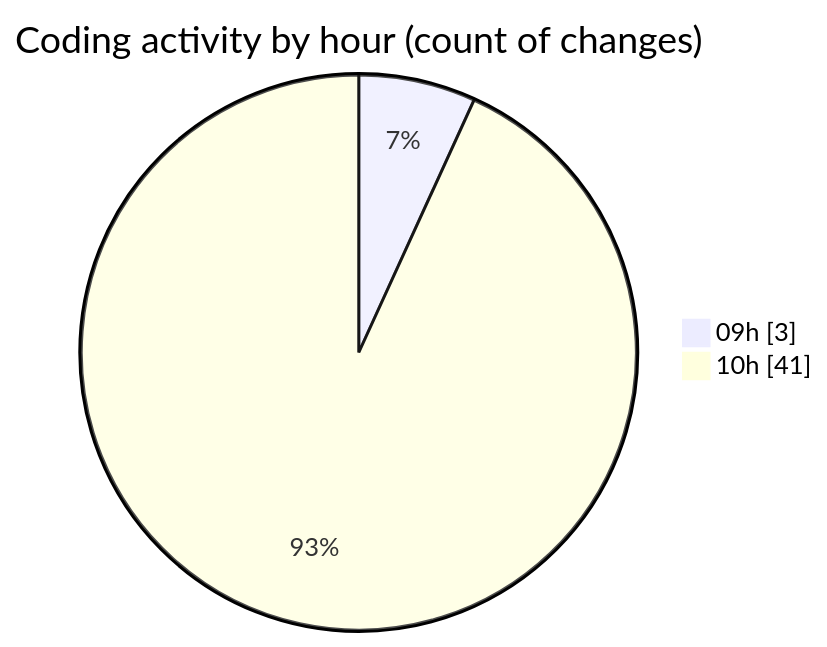
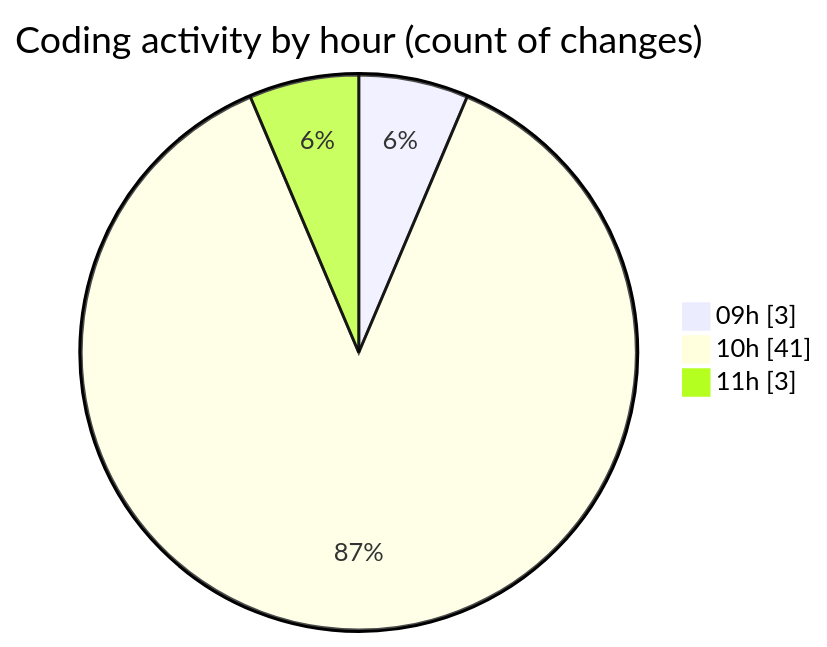
Before and after one commit to CELIANVF/code-tracking: the second of 2 diagrams in 2025-05-19/ecodeli-1/README.md, drawn with Mermaid. The commit also changed other lines of this file and 1 other file, not shown here.

````diff
--- a/2025-05-19/ecodeli-1/README.md
+++ b/2025-05-19/ecodeli-1/README.md
@@ -43,6 +43,7 @@
 ```mermaid
 pie showData
 title Coding activity by hour (count of changes)
 "09h" : 3
 "10h" : 41
+"11h" : 3
 ```
````
